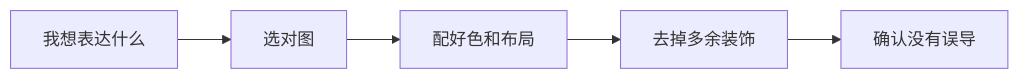
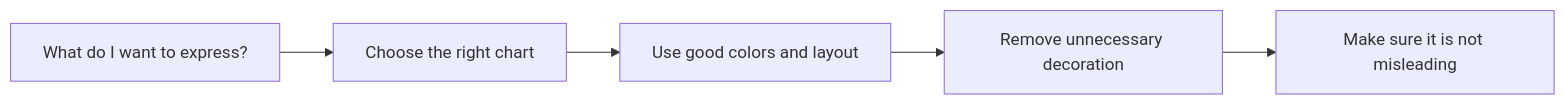
The first of 7 diagrams in docs/ch03-data-analysis/ch04-visualization/04-best-practices.md (oudbiao/AI-fullstack-course), drawn with Mermaid before and after one commit. The commit also changed other lines of this file and 1406 other files, not shown here.

````diff
--- a/docs/ch03-data-analysis/ch04-visualization/04-best-practices.md
+++ b/docs/ch03-data-analysis/ch04-visualization/04-best-practices.md
@@ -41,7 +41,7 @@
 ```mermaid
 flowchart LR
-    A["我想表达什么"] --> B["选对图"]
-    B --> C["配好色和布局"]
-    C --> D["去掉多余装饰"]
-    D --> E["确认没有误导"]
+    A["What do I want to express?"] --> B["Choose the right chart"]
+    B --> C["Use good colors and layout"]
+    C --> D["Remove unnecessary decoration"]
+    D --> E["Make sure it is not misleading"]
 ```
````
